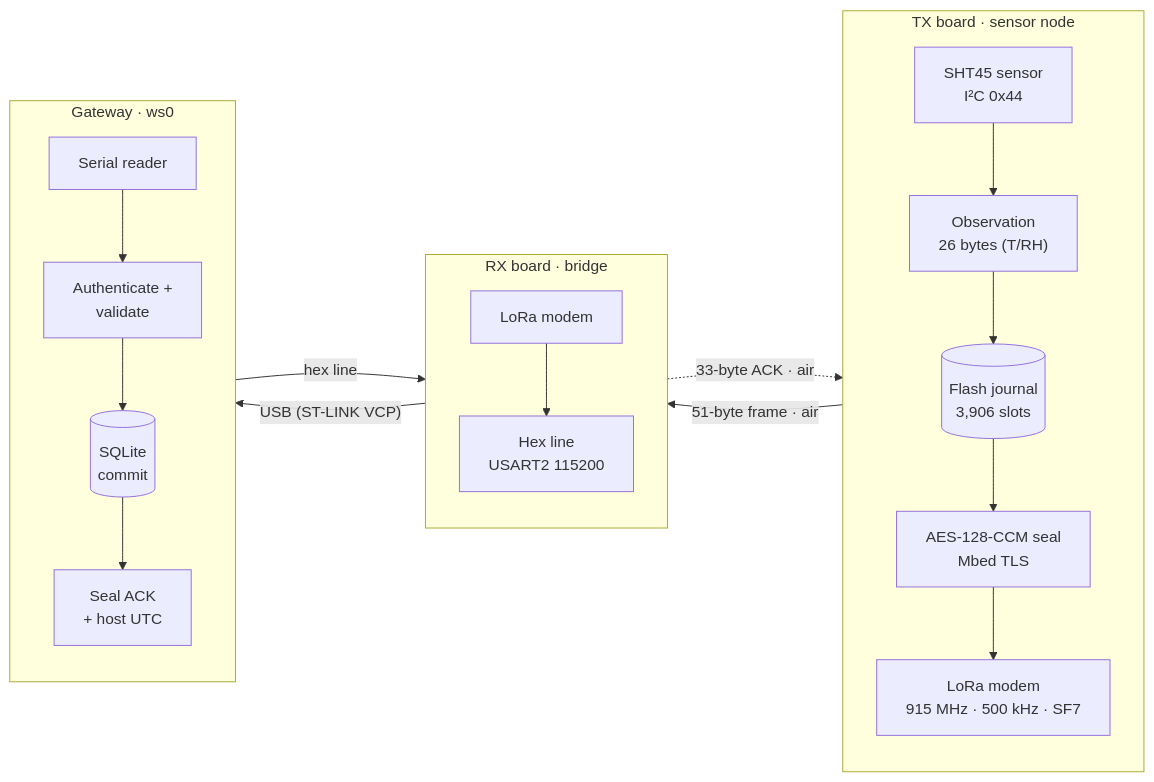
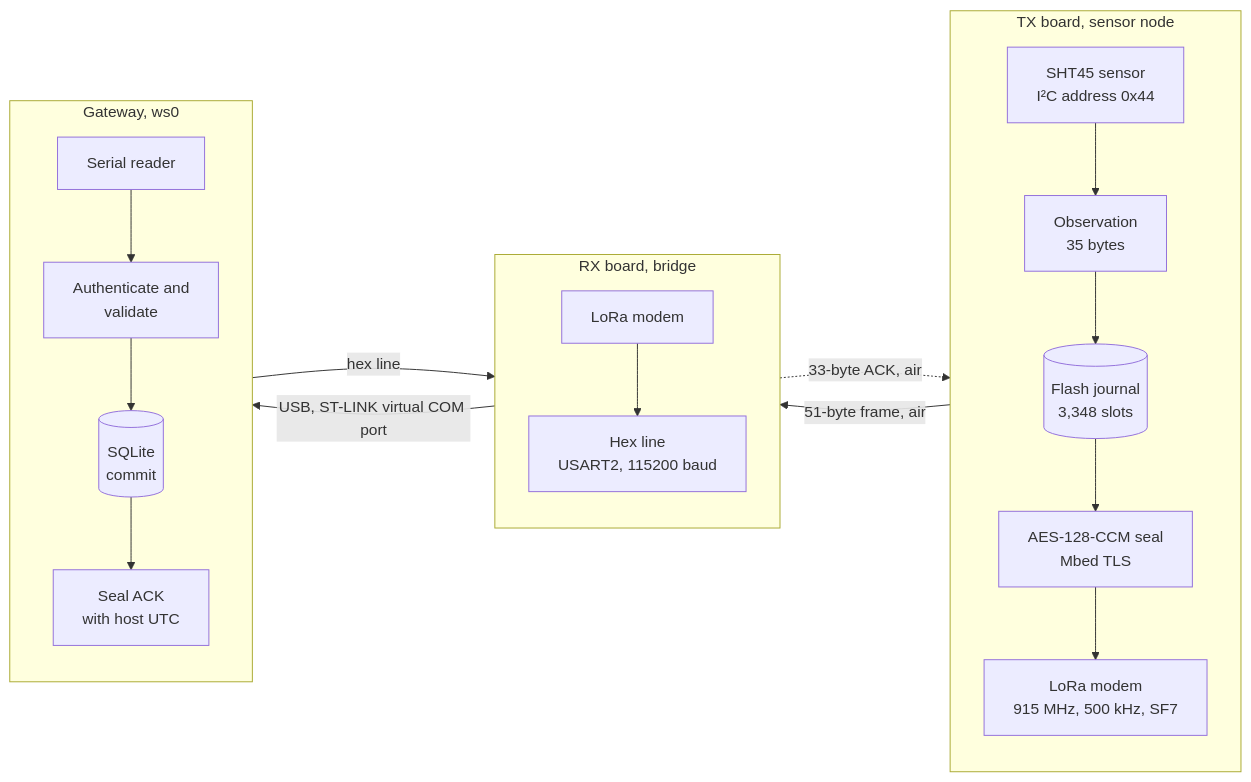
Before and after one commit to clintecker/weather-station-2026: the first of 22 diagrams in docs/protocol-stack.md, drawn with Mermaid. The commit also changed other lines of this file and 25 other files, not shown here.

First line of the commit message:
Docs: Mermaid diagrams, no insider jargon, stale figures corrected

````diff
--- a/docs/protocol-stack.md
+++ b/docs/protocol-stack.md
@@ -34,24 +36,24 @@
 ```mermaid
 flowchart LR
-  subgraph TX["TX board · sensor node"]
+  subgraph TX["TX board, sensor node"]
     direction TB
-    S["SHT45 sensor<br/>I²C 0x44"] --> M["Observation<br/>26 bytes (T/RH)"]
-    M --> J[("Flash journal<br/>3,906 slots")]
+    S["SHT45 sensor<br/>I²C address 0x44"] --> M["Observation<br/>35 bytes"]
+    M --> J[("Flash journal<br/>3,348 slots")]
     J --> E["AES-128-CCM seal<br/>Mbed TLS"]
-    E --> R1["LoRa modem<br/>915 MHz · 500 kHz · SF7"]
+    E --> R1["LoRa modem<br/>915 MHz, 500 kHz, SF7"]
   end
-  subgraph RX["RX board · bridge"]
+  subgraph RX["RX board, bridge"]
     direction TB
-    R2["LoRa modem"] --> H["Hex line<br/>USART2 115200"]
+    R2["LoRa modem"] --> H["Hex line<br/>USART2, 115200 baud"]
   end
-  subgraph HOST["Gateway · ws0"]
+  subgraph HOST["Gateway, ws0"]
     direction TB
-    U["Serial reader"] --> V["Authenticate +<br/>validate"]
+    U["Serial reader"] --> V["Authenticate and<br/>validate"]
     V --> D[("SQLite<br/>commit")]
-    D --> A["Seal ACK<br/>+ host UTC"]
+    D --> A["Seal ACK<br/>with host UTC"]
   end
-  R1 -- "51-byte frame · air" --> R2
-  H -- "USB (ST-LINK VCP)" --> U
+  R1 -- "51-byte frame, air" --> R2
+  H -- "USB, ST-LINK virtual COM port" --> U
   A -- "hex line" --> H
-  R2 -. "33-byte ACK · air" .-> R1
+  R2 -. "33-byte ACK, air" .-> R1
 ```
````
